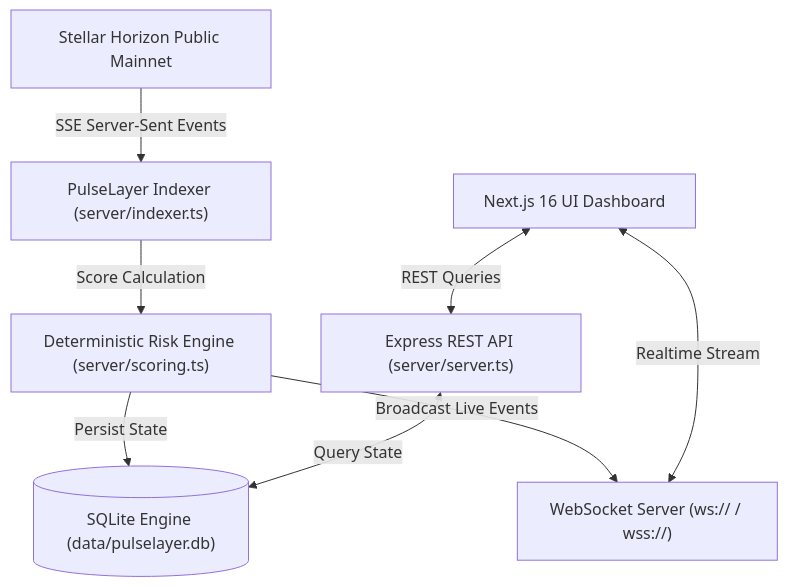
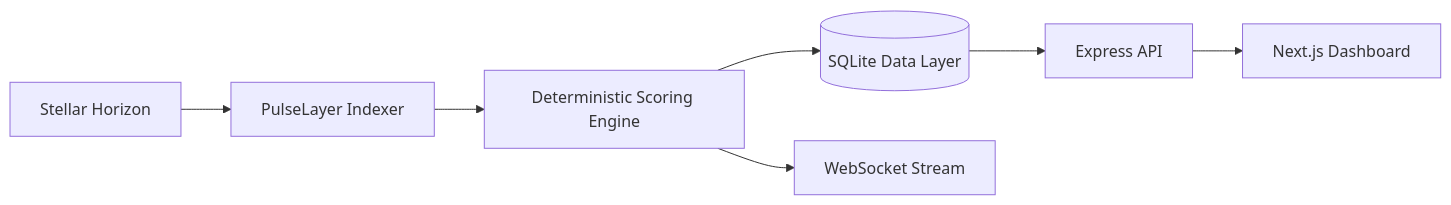
Before and after one commit to Cornelius128/Pulse-Layer: the diagram in README.md, drawn with Mermaid. The commit also changed other lines of this file and 3 other files, not shown here.

````diff
--- a/README.md
+++ b/README.md
@@ -36,12 +84,9 @@
 ```mermaid
-graph TD
-    A["Stellar Horizon Public Mainnet"] -->|SSE Server-Sent Events| B["PulseLayer Indexer (server/indexer.ts)"]
-    B -->|Score Calculation| C["Deterministic Risk Engine (server/scoring.ts)"]
-    C -->|Persist State| D[("SQLite Engine (data/pulselayer.db)")]
-    C -->|Broadcast Live Events| E["WebSocket Server (ws:// / wss://)"]
-    
-    F["Express REST API (server/server.ts)"] <-->|Query State| D
-    
-    G["Next.js 16 UI Dashboard"] <-->|REST Queries| F
-    G <-->|Realtime Stream| E
+flowchart LR
+    A[Stellar Horizon] --> B[PulseLayer Indexer]
+    B --> C[Deterministic Scoring Engine]
+    C --> D[(SQLite Data Layer)]
+    C --> E[WebSocket Stream]
+    D --> F[Express API]
+    F --> G[Next.js Dashboard]
 ```
````
